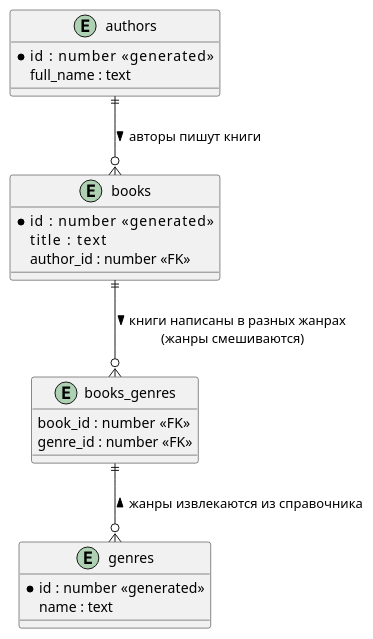
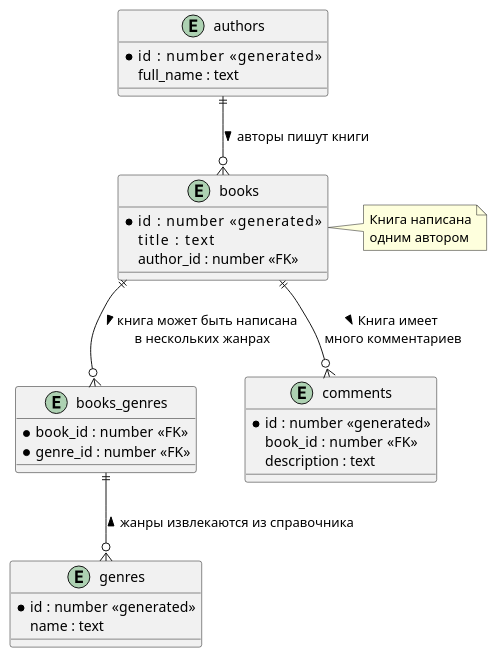
The diagram in SPRING-06/src/main/resources/shema.puml (void2ptr/2023-09-otus-spring-Soloviev), drawn with PlantUML before and after one commit. The commit also changed 25 other files, not shown here.

```diff
--- a/SPRING-06/src/main/resources/shema.puml
+++ b/SPRING-06/src/main/resources/shema.puml
@@ -1,29 +1,42 @@
 @startuml
 'https://plantuml.com/ie-diagram
 
 entity authors {
     *id       : number <<generated>>
     full_name : text
 }
 
 entity books {
    *id       : number <<generated>>
    title     : text
    author_id : number <<FK>>
 }
 
 entity books_genres {
-    book_id  : number <<FK>>
-    genre_id : number <<FK>>
+    *book_id  : number <<FK>>
+    *genre_id : number <<FK>>
 }
 
 entity genres {
     *id  : number <<generated>>
     name : text
 }
 
+entity comments {
+    *id  : number <<generated>>
+    book_id  : number <<FK>>
+    description : text
+}
+
 authors      ||--o{ books        : > авторы пишут книги
-books        ||--o{ books_genres : > книги написаны в разных жанрах \n (жанры смешиваются)
+books        ||--o{ books_genres : > книга может быть написана \n в нескольких жанрах
 books_genres ||--o{ genres       : < жанры извлекаются из справочника
+books        ||--o{ comments       : > Книга имеет \n много комментариев
+
+note right of books
+Книга написана
+одним автором
+end note
+
 
 @enduml
```
